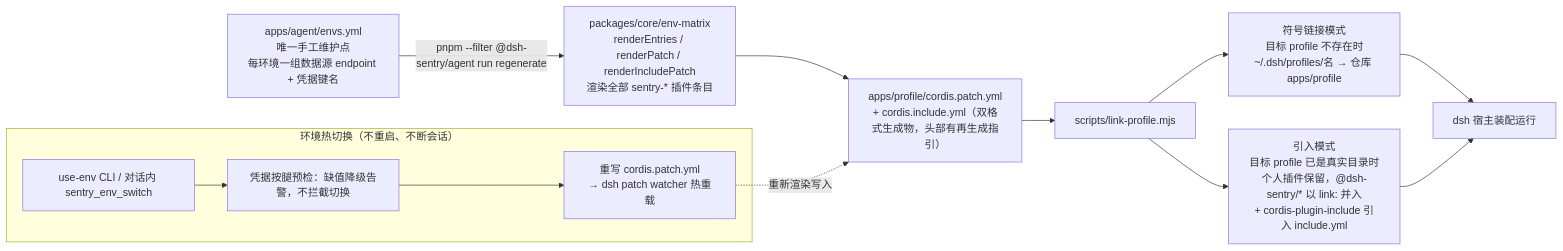
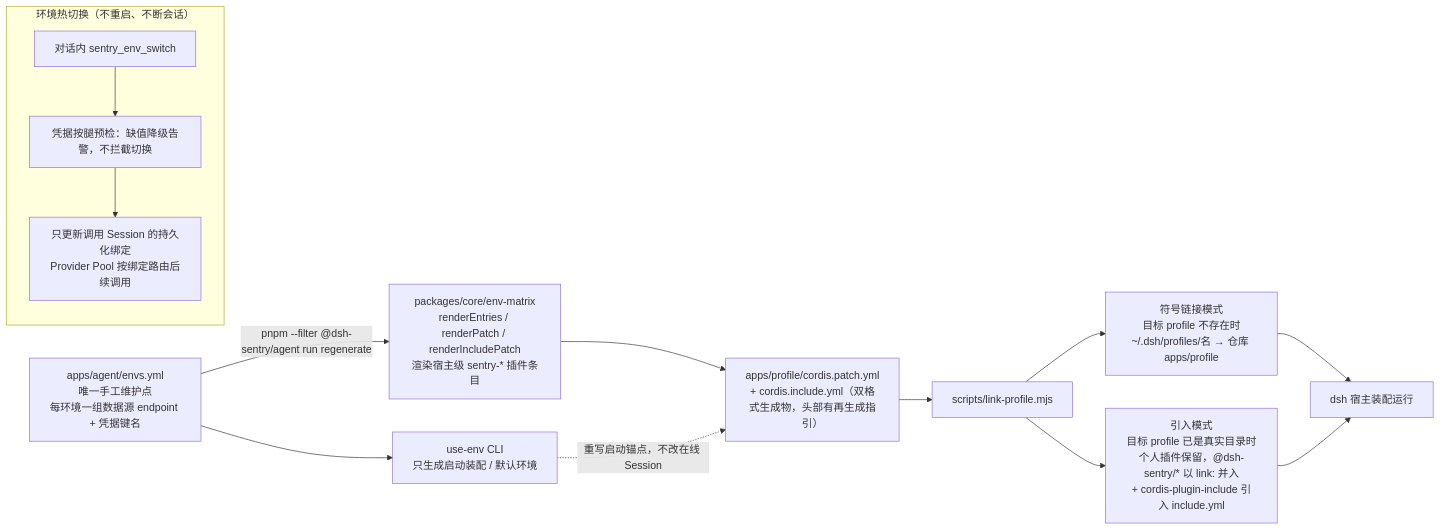
Before and after one commit to lynn-hector/endurance-sage: the second of 3 diagrams in docs/architecture/overview.md, drawn with Mermaid. The commit also changed other lines of this file and 12 other files, not shown here.

````diff
--- a/docs/architecture/overview.md
+++ b/docs/architecture/overview.md
@@ -80,23 +80,25 @@
 ```mermaid
 flowchart LR
     envyml["apps/agent/envs.yml<br/>唯一手工维护点<br/>每环境一组数据源 endpoint + 凭据键名"]
-    render["packages/core/env-matrix<br/>renderEntries / renderPatch / renderIncludePatch<br/>渲染全部 sentry-* 插件条目"]
+    render["packages/core/env-matrix<br/>renderEntries / renderPatch / renderIncludePatch<br/>渲染宿主级 sentry-* 插件条目"]
     gen["apps/profile/cordis.patch.yml<br/>+ cordis.include.yml（双格式生成物，头部有再生成指引）"]
     link["scripts/link-profile.mjs"]
     sym["符号链接模式<br/>目标 profile 不存在时<br/>~/.dsh/profiles/名 → 仓库 apps/profile"]
     adopt["引入模式<br/>目标 profile 已是真实目录时<br/>个人插件保留，@dsh-sentry/* 以 link: 并入<br/>+ cordis-plugin-include 引入 include.yml"]
     run["dsh 宿主装配运行"]
 
     envyml -->|"pnpm --filter @dsh-sentry/agent run regenerate"| render --> gen --> link
     link --> sym --> run
     link --> adopt --> run
 
     subgraph hot["环境热切换（不重启、不断会话）"]
-        switch["use-env CLI / 对话内 sentry_env_switch"]
+        switch["对话内 sentry_env_switch"]
         precheck["凭据按腿预检：缺值降级告警，不拦截切换"]
-        watch["重写 cordis.patch.yml<br/>→ dsh patch watcher 热重载"]
-        switch --> precheck --> watch
+        binding["只更新调用 Session 的持久化绑定<br/>Provider Pool 按绑定路由后续调用"]
+        switch --> precheck --> binding
     end
 
-    watch -.重新渲染写入.-> gen
+    default["use-env CLI<br/>只生成启动装配 / 默认环境"]
+    envyml --> default
+    default -.重写启动锚点，不改在线 Session.-> gen
 ```
````
